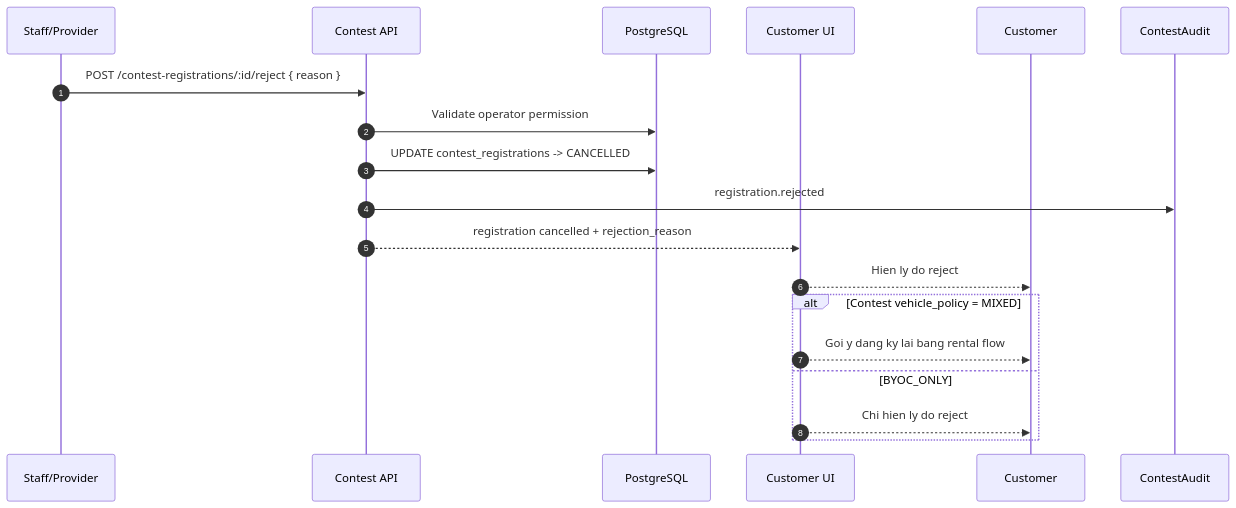
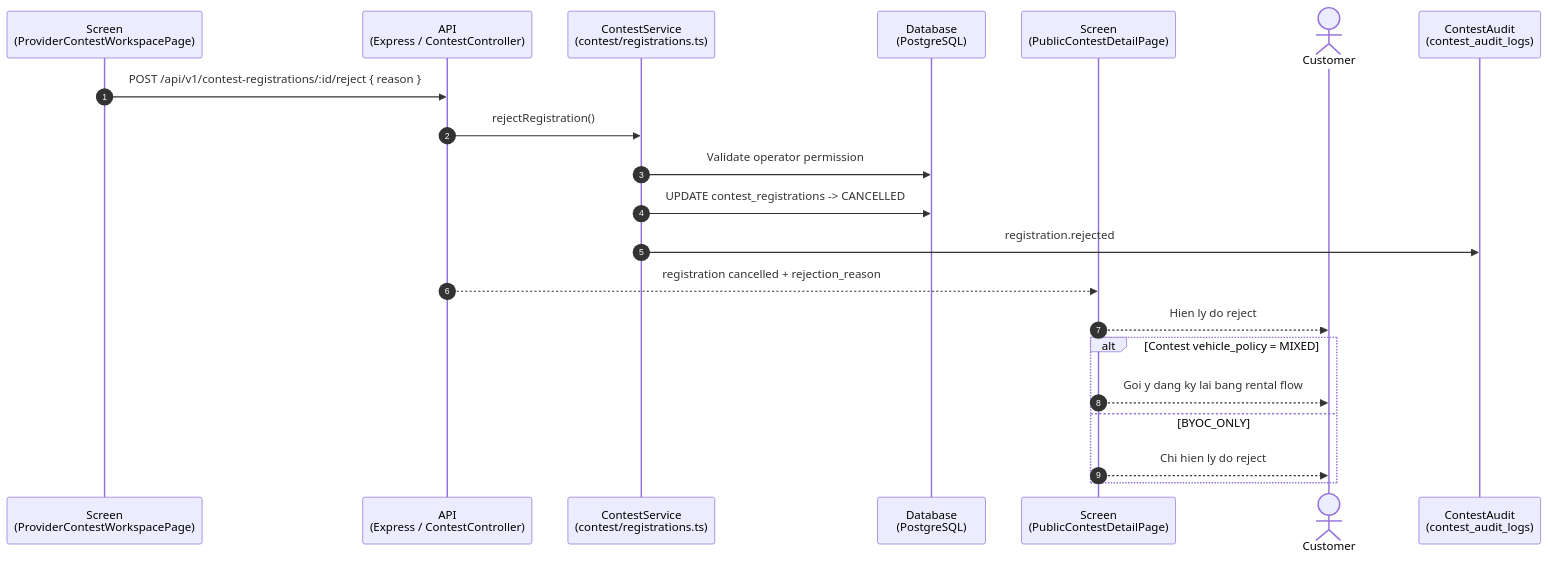
One commit to RCField-SEP490/rcfield-spec changed the third of 9 diagrams in docs/diagrams/sequence/sequence-flow-contest-vehicle-operations.md. Above: the diagram before and after it, drawn with Mermaid. The commit also changed other lines of this file and 15 other files, not shown here.

First line of the commit message:
Add sequence flow diagrams for provider, staff, and supporting operations

````diff
--- a/docs/diagrams/sequence/sequence-flow-contest-vehicle-operations.md
+++ b/docs/diagrams/sequence/sequence-flow-contest-vehicle-operations.md
@@ -89,23 +97,25 @@
 ```mermaid
 sequenceDiagram
     autonumber
-    participant Staff as Staff/Provider
-    participant CAPI as Contest API
-    participant DB as PostgreSQL
-    participant FE as Customer UI
-    participant C as Customer
-    participant Audit as ContestAudit
+    participant Staff as Screen<br/>(ProviderContestWorkspacePage)
+    participant CAPI as API<br/>(Express / ContestController)
+    participant CS as ContestService<br/>(contest/registrations.ts)
+    participant DB as Database<br/>(PostgreSQL)
+    participant FE as Screen<br/>(PublicContestDetailPage)
+    actor C as Customer
+    participant Audit as ContestAudit<br/>(contest_audit_logs)
 
-    Staff->>CAPI: POST /contest-registrations/:id/reject { reason }
-    CAPI->>DB: Validate operator permission
-    CAPI->>DB: UPDATE contest_registrations -> CANCELLED
-    CAPI->>Audit: registration.rejected
+    Staff->>CAPI: POST /api/v1/contest-registrations/:id/reject { reason }
+    CAPI->>CS: rejectRegistration()
+    CS->>DB: Validate operator permission
+    CS->>DB: UPDATE contest_registrations -> CANCELLED
+    CS->>Audit: registration.rejected
     CAPI-->>FE: registration cancelled + rejection_reason
 
     FE-->>C: Hien ly do reject
     alt Contest vehicle_policy = MIXED
         FE-->>C: Goi y dang ky lai bang rental flow
     else BYOC_ONLY
         FE-->>C: Chi hien ly do reject
     end
 ```
````
